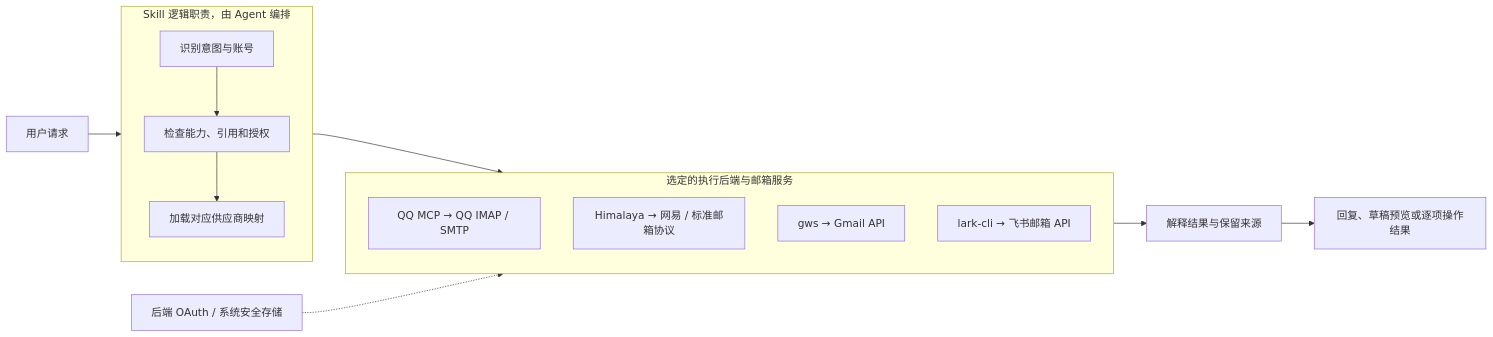
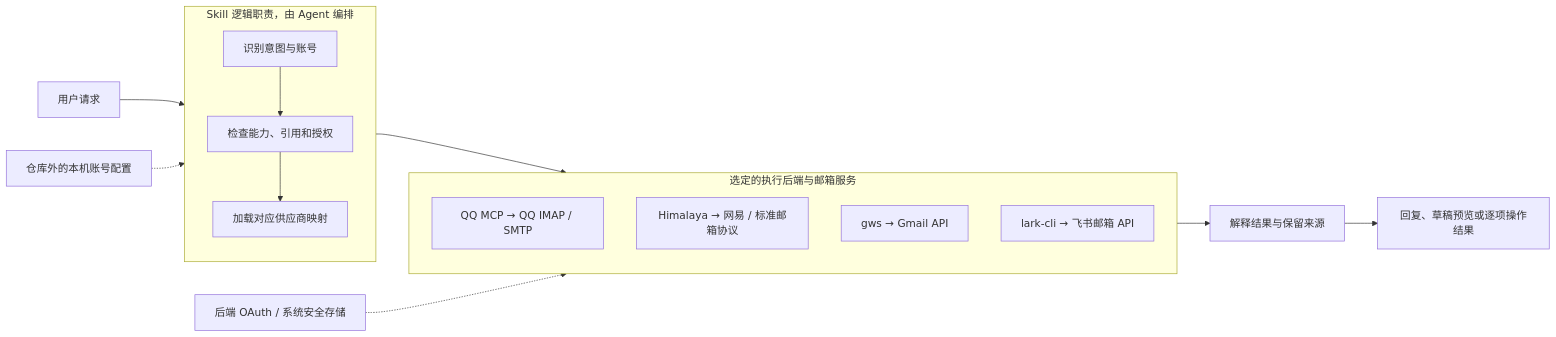
Before and after one commit to wk1995/skill: the first of 7 diagrams in doc/email-skill/technical-design.zh-CN.md, drawn with Mermaid. The commit also changed other lines of this file and 2 other files, not shown here.

````diff
--- a/doc/email-skill/technical-design.zh-CN.md
+++ b/doc/email-skill/technical-design.zh-CN.md
@@ -26,21 +29,22 @@
 ```mermaid
 flowchart LR
     U["用户请求"] --> Logic
     subgraph Logic["Skill 逻辑职责，由 Agent 编排"]
         direction TB
         R["识别意图与账号"]
         R --> P["检查能力、引用和授权"]
         P --> M["加载对应供应商映射"]
     end
     Logic --> Transport
     subgraph Transport["选定的执行后端与邮箱服务"]
         direction TB
         Q["QQ MCP → QQ IMAP / SMTP"]
         H["Himalaya → 网易 / 标准邮箱协议"]
         G["gws → Gmail API"]
         L["lark-cli → 飞书邮箱 API"]
     end
     K["后端 OAuth / 系统安全存储"] -.-> Transport
+    F["仓库外的本机账号配置"] -.-> Logic
     Transport --> O["解释结果与保留来源"]
     O --> V["回复、草稿预览或逐项操作结果"]
 ```
````
